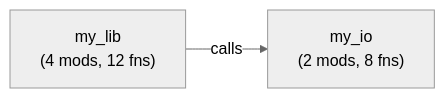
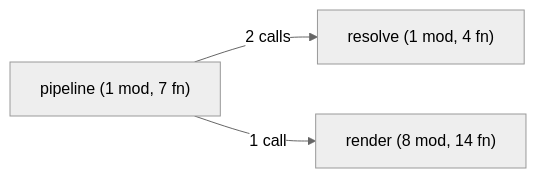
Before and after one commit to anatta-rs/ast-to-mermaid: the diagram in README.md, drawn with Mermaid (neutral theme). The commit also changed other lines of this file, not shown here.

````diff
--- a/README.md
+++ b/README.md
@@ -23,6 +9,8 @@
 ```mermaid
 graph LR
-  lib["my_lib<br/>(4 mods, 12 fns)"]
-  io["my_io<br/>(2 mods, 8 fns)"]
-  lib -->|calls| io
+  pipeline["pipeline (1 mod, 7 fn)"]
+  resolve["resolve (1 mod, 4 fn)"]
+  render["render (8 mod, 14 fn)"]
+  pipeline -->|"2 calls"| resolve
+  pipeline -->|"1 call"| render
 ```
````
